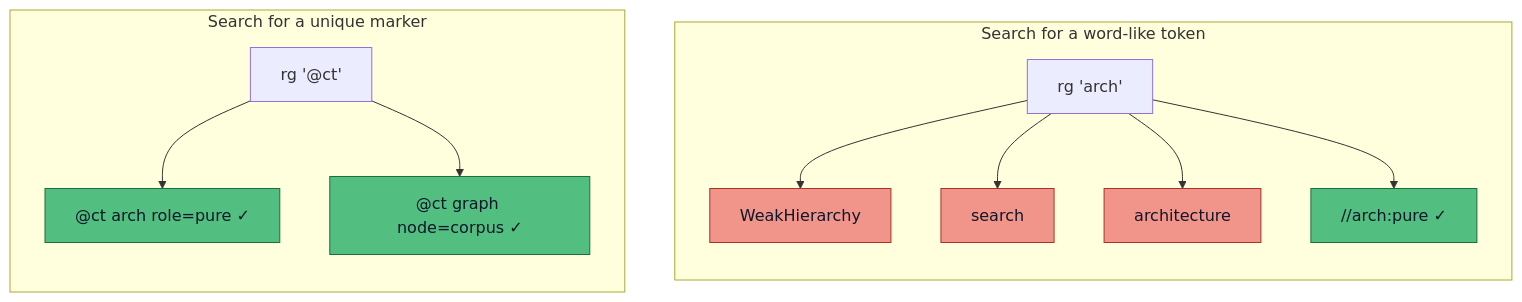
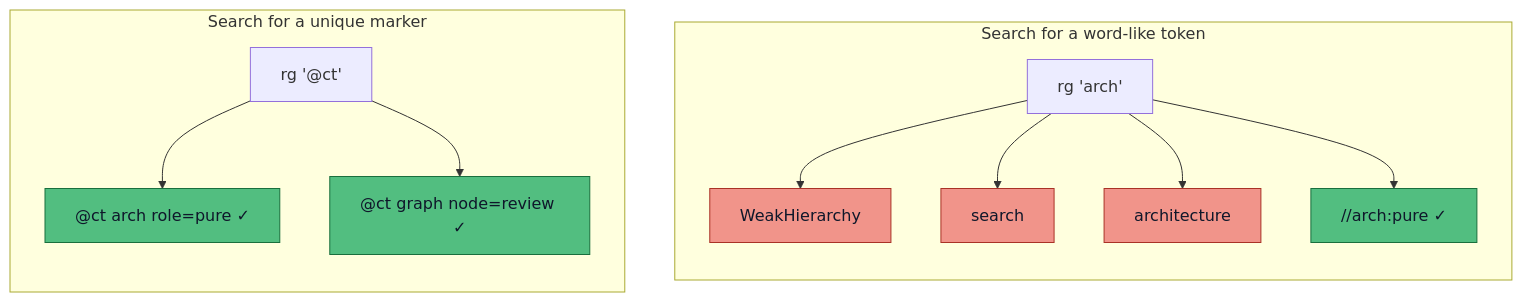
One commit to joels-claude-bot/llm-site-reviewer changed the first of 2 diagrams in docs-site/docs/appendix/decisions/0002-code-tag-marker.md. Above: the diagram before and after it, drawn with Mermaid. The commit also changed other lines of this file and 76 other files, not shown here.

````diff
--- a/docs-site/docs/appendix/decisions/0002-code-tag-marker.md
+++ b/docs-site/docs/appendix/decisions/0002-code-tag-marker.md
@@ -30,19 +30,19 @@
 ```mermaid
 flowchart TD
     subgraph bad["Search for a word-like token"]
         direction TB
         Q1["rg 'arch'"] --> H1[WeakHierarchy]
         Q1 --> H2[search]
         Q1 --> H3[architecture]
         Q1 --> H4["//arch:pure ✓"]
     end
     subgraph good["Search for a unique marker"]
         direction TB
         Q2["rg '@ct'"] --> G1["@ct arch role=pure ✓"]
-        Q2 --> G2["@ct graph node=corpus ✓"]
+        Q2 --> G2["@ct graph node=review ✓"]
     end
     classDef bad fill:#f1948a,color:#0f172a,stroke:#a93226
     classDef good fill:#52be80,color:#0f172a,stroke:#196f3d
     class H1,H2,H3 bad
     class H4,G1,G2 good
 ```
````
